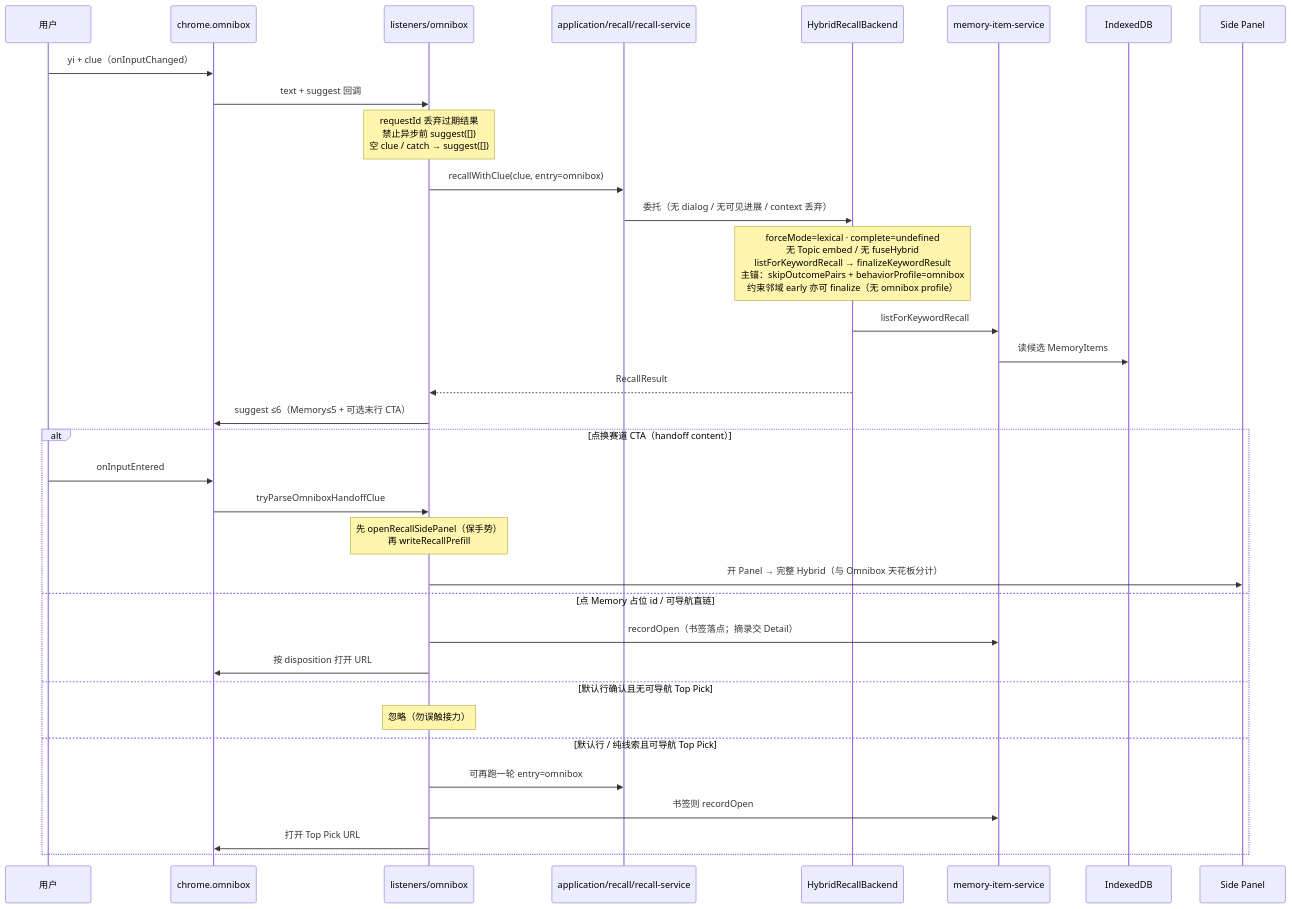
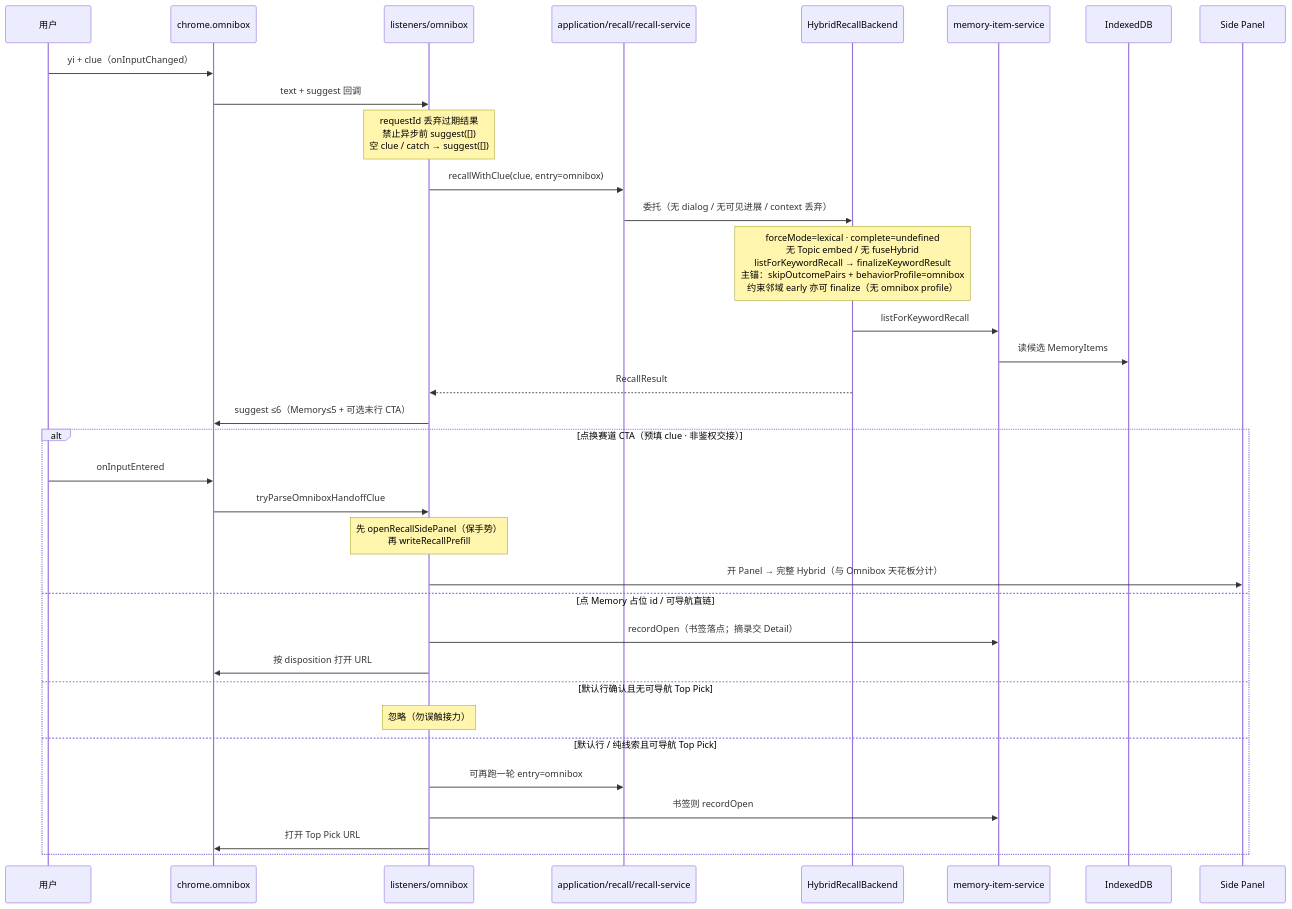
One commit to yiveno/yiveno changed the eighth of 8 diagrams in docs/architecture/Yiveno-运行时架构流程-v1.md. Above: the diagram before and after it, drawn with Mermaid. The commit also changed other lines of this file and 12 other files, not shown here.

First line of the commit message:
docs(diagrams): 登录迁移门闸图与文档用词标准

````diff
--- a/docs/architecture/Yiveno-运行时架构流程-v1.md
+++ b/docs/architecture/Yiveno-运行时架构流程-v1.md
@@ -616,38 +633,38 @@
 ```mermaid
 sequenceDiagram
   participant U as 用户
   participant OM as chrome.omnibox
   participant OL as listeners/omnibox
   participant RS as application/recall/recall-service
   participant HB as HybridRecallBackend
   participant MS as memory-item-service
   participant IDB as IndexedDB
   participant SP as Side Panel
 
   U->>OM: yi + clue（onInputChanged）
   OM->>OL: text + suggest 回调
   Note over OL: requestId 丢弃过期结果<br/>禁止异步前 suggest([])<br/>空 clue / catch → suggest([])
   OL->>RS: recallWithClue(clue, entry=omnibox)
   RS->>HB: 委托（无 dialog / 无可见进展 / context 丢弃）
   Note over HB: forceMode=lexical · complete=undefined<br/>无 Topic embed / 无 fuseHybrid<br/>listForKeywordRecall → finalizeKeywordResult<br/>主锚：skipOutcomePairs + behaviorProfile=omnibox<br/>约束邻域 early 亦可 finalize（无 omnibox profile）
   HB->>MS: listForKeywordRecall
   MS->>IDB: 读候选 MemoryItems
   HB-->>OL: RecallResult
   OL->>OM: suggest ≤6（Memory≤5 + 可选末行 CTA）
 
-  alt 点换赛道 CTA（handoff content）
+  alt 点换赛道 CTA（预填 clue · 非鉴权交接）
     U->>OM: onInputEntered
     OM->>OL: tryParseOmniboxHandoffClue
     Note over OL: 先 openRecallSidePanel（保手势）<br/>再 writeRecallPrefill
     OL->>SP: 开 Panel → 完整 Hybrid（与 Omnibox 天花板分计）
   else 点 Memory 占位 id / 可导航直链
     OL->>MS: recordOpen（书签落点；摘录交 Detail）
     OL->>OM: 按 disposition 打开 URL
   else 默认行确认且无可导航 Top Pick
     Note over OL: 忽略（勿误触接力）
   else 默认行 / 纯线索且可导航 Top Pick
     OL->>RS: 可再跑一轮 entry=omnibox
     OL->>MS: 书签则 recordOpen
     OL->>OM: 打开 Top Pick URL
   end
 ```
````
